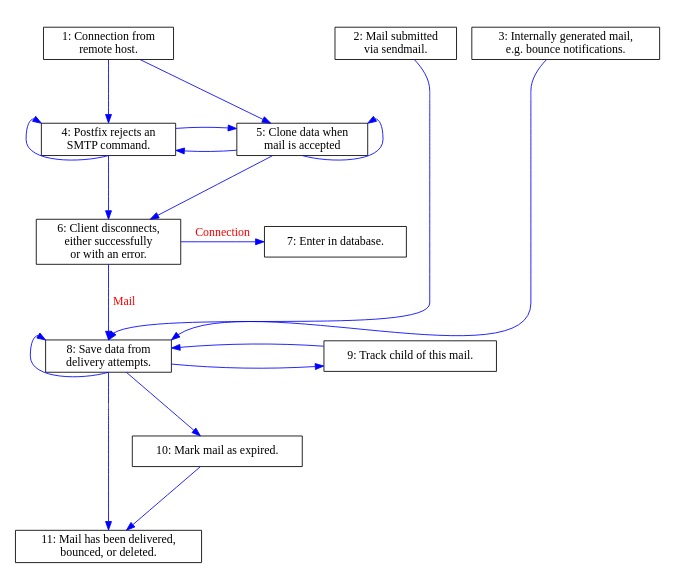
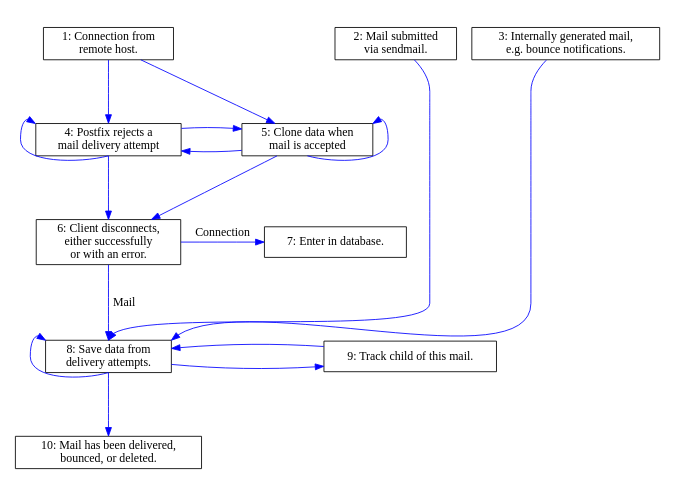
The diagram in doc/logparser-flow-chart-part-1.dot (tobinjt/ASO), drawn with Graphviz before and after one commit. The commit also changed 6 other files, not shown here.

```diff
--- a/doc/logparser-flow-chart-part-1.dot
+++ b/doc/logparser-flow-chart-part-1.dot
@@ -1,108 +1,101 @@
 /* vim: set textwidth=160 : */
 /* $Id$ */
 
 digraph logparser {
     graph [
         /* This seems to be width, height - but they interact strangely, so 
          * I'm never sure.
          */
         size = "5.4, 8.4"
         margin = "0"
         center = true
     ]
     node [
         shape = box
     ]
     edge [
         color = blue
-        fontcolor = red
+        fontcolor = black
         minlen = 2
     ]
 
     /* EDGES */
     /* Connect from client */
     connect                         -> { rejection } [weight = 5]
     rejection                       -> { rejection } [dir = back, headport = s, tailport = nw]
     rejection                       -> { disconnect } [weight = 5]
     connect                         -> { clone }
     clone                           -> { clone } [dir = back, headport = s, tailport = ne]
     clone                           -> { disconnect }
     clone                           -> { rejection }
     rejection                       -> { clone }
 
     /* Disconnect without queueid */
     disconnect                      -> { fixup_enter_in_db_disconnect } [weight = 5, label = "Connection" ]
 
     /* Disconnect with queueid */
     disconnect                      -> { save_by_queueid } [weight = 5, label = " Mail" ]
 
     /* Misc entry */
     qmgr_chooses_mail               -> { save_by_queueid } [headport = ne]
     pickup                          -> { save_by_queueid } [headport = n]
     /* Graph placement */
     connect                         -> { qmgr_chooses_mail } [style = invis, weight = 0]
     connect                         -> { pickup } [style = invis, weight = 0]
 
     /* Save results by queueid */
     save_by_queueid                 -> { track } [minlen = 5]
     track                           -> { save_by_queueid }
     save_by_queueid                 -> { save_by_queueid } [dir = back, headport = s, tailport = nw]
     save_by_queueid                 -> { commit } [weight = 10]
 
-    /* Expired mails */
-    save_by_queueid                 -> { expiry }
-    expiry                          -> { commit } [weight = 0]
-
     /* NODE LABELS */
-    rejection                       [label = "4: Postfix rejects an\nSMTP command."]
+    rejection                       [label = "4: Postfix rejects a\nmail delivery attempt"]
     connect                         [label = "1: Connection from\nremote host."]
     clone                           [label = "5: Clone data when\nmail is accepted"]
 
     /* Disconnect without queueid */
     disconnect                      [label = "6: Client disconnects,\neither successfully\nor with an error."]
     fixup_enter_in_db_disconnect    [label = "7: Enter in database."]
 
     /* Disconnect with queueid - already covered */
 
     /* Misc entry */
     pickup                          [label = "2: Mail submitted\nvia sendmail."]
     qmgr_chooses_mail               [label = "3: Internally generated mail,\ne.g. bounce notifications."]
 
     /* Save results by queueid */
     save_by_queueid                 [label = "8: Save data from\ndelivery attempts."]
     track                           [label = "9: Track child of this mail."]
 
-    /* Expiry */
-    expiry                          [label = "10: Mark mail as expired."]
-
     /* Commit is complicated */
     /* Neither parent nor child. */
-    commit                          [label = "11: Mail has been delivered,\nbounced, or deleted."]
+    commit                          [label = "10: Mail has been delivered,\nbounced, or deleted."]
 
     /* SUB-GRAPHS */
     subgraph sources {
         rank = source
         pickup
         qmgr_chooses_mail
         connect
     }
 
     subgraph clone_or_save {
         rank = same
         clone
         rejection
     }
 
     subgraph disconnect_without_queueid {
         rank = same
         disconnect
         fixup_enter_in_db_disconnect
     }
 
     subgraph save_or_track {
         rank = same
         track
         save_by_queueid
     }
 
 }
```
